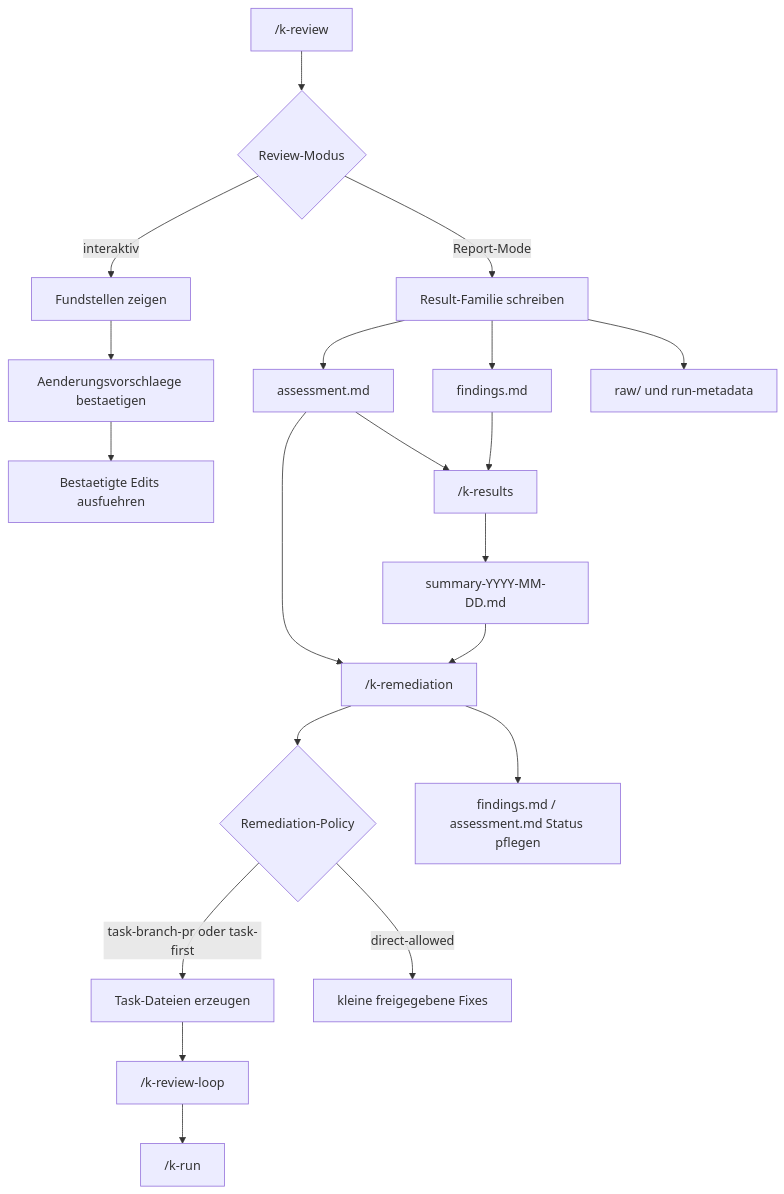
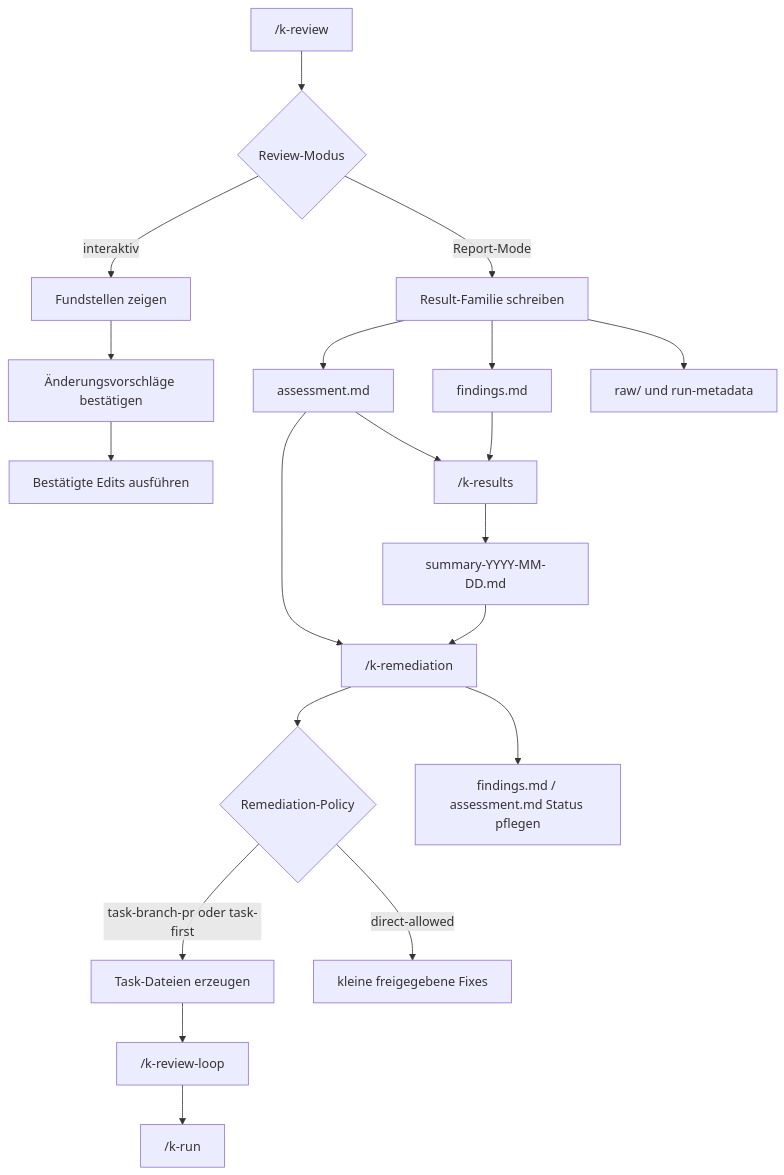
Before and after one commit to kascada/k-playbook: the diagram in docs/code-review.md, drawn with Mermaid. The commit also changed other lines of this file and 103 other files, not shown here.

````diff
--- a/docs/code-review.md
+++ b/docs/code-review.md
@@ -7,22 +7,22 @@
 ```mermaid
 flowchart TD
     A["/k-review <name>"] --> B{"Review-Modus"}
     B -->|interaktiv| C["Fundstellen zeigen"]
-    C --> D["Aenderungsvorschlaege bestaetigen"]
-    D --> E["Bestaetigte Edits ausfuehren"]
+    C --> D["Änderungsvorschläge bestätigen"]
+    D --> E["Bestätigte Edits ausführen"]
     B -->|Report-Mode| F["Result-Familie schreiben"]
     F --> G["assessment.md"]
     F --> H["findings.md"]
     F --> I["raw/ und run-metadata"]
     G --> J["/k-results"]
     H --> J
     J --> K["summary-YYYY-MM-DD.md"]
     G --> L["/k-remediation <assessment-or-summary>"]
     K --> L
     L --> M{"Remediation-Policy"}
     M -->|task-branch-pr oder task-first| N["Task-Dateien erzeugen"]
     N --> O["/k-review-loop"]
     O --> P["/k-run"]
     M -->|direct-allowed| Q["kleine freigegebene Fixes"]
     L --> R["findings.md / assessment.md Status pflegen"]
 ```
````
